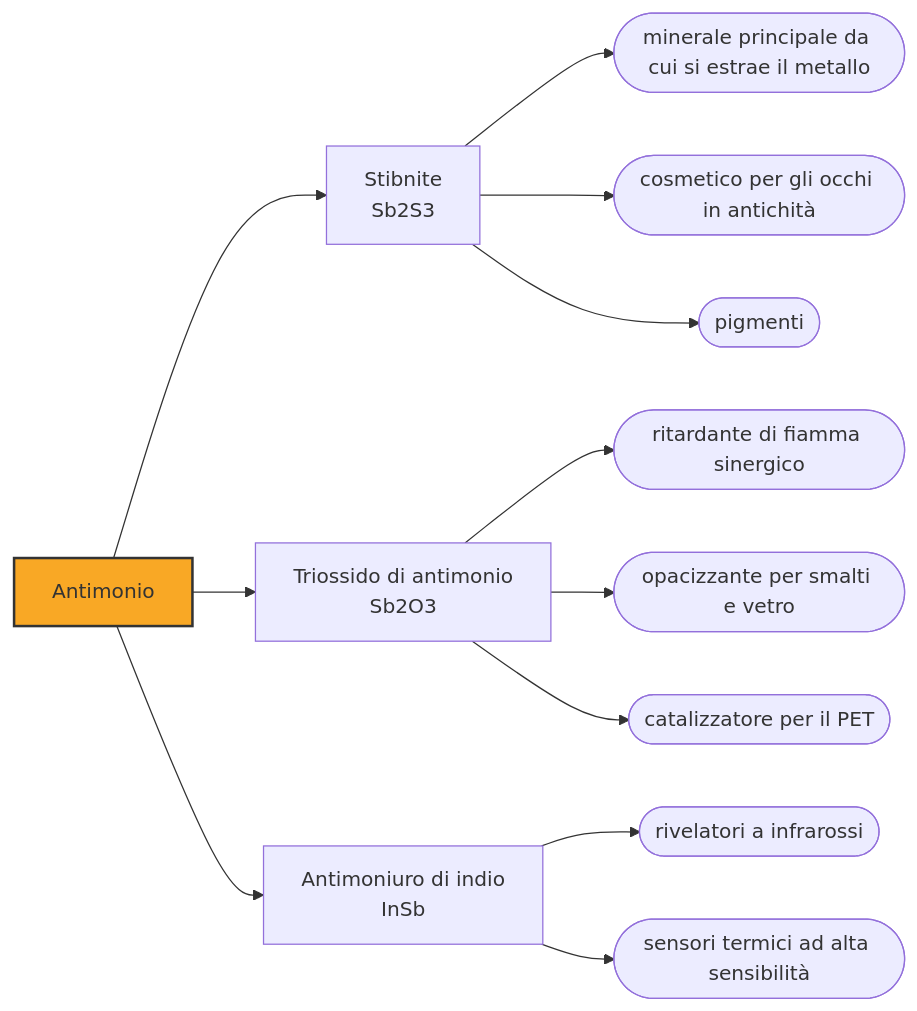
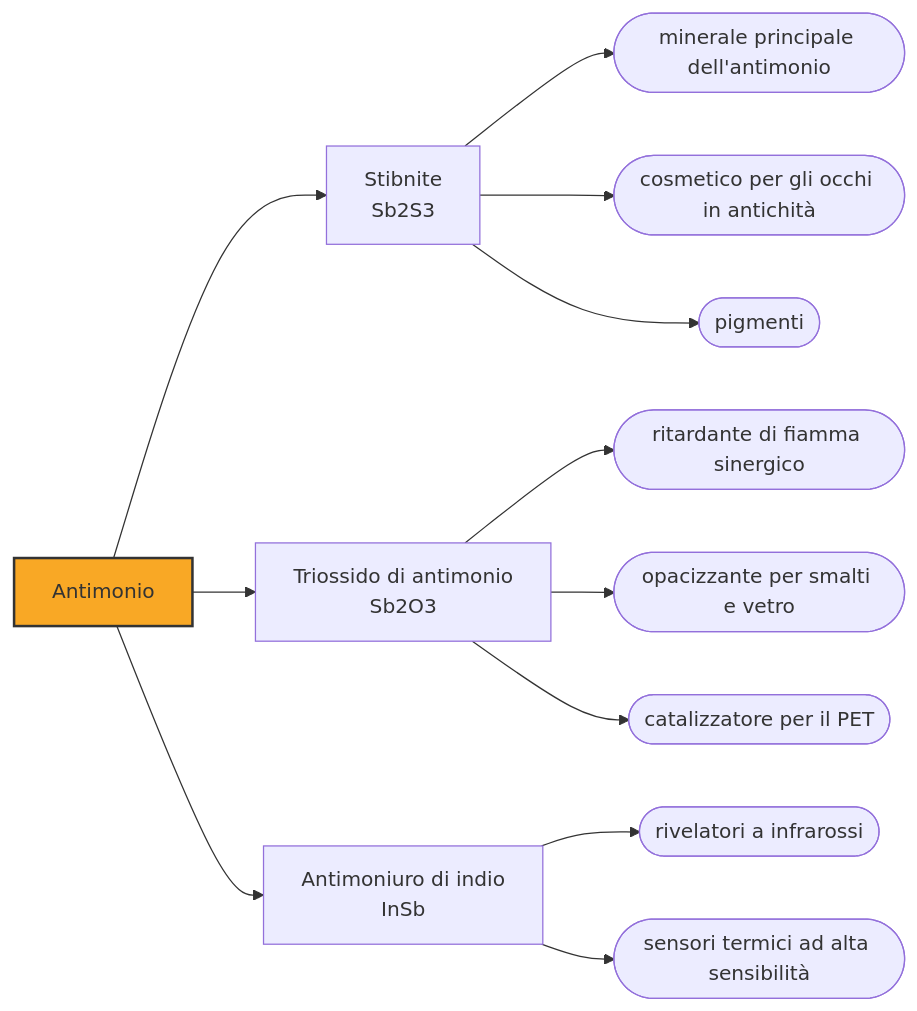
The third of 3 diagrams in vault/Elementi/Antimonio.md (gianlucaciarcelluti/elements-caos), drawn with Mermaid before and after one commit. The commit also changed other lines of this file and 16 other files, not shown here.

First line of the commit message:
fix: l'apostrofo resta nelle etichette Mermaid, e altre due correzioni di resa

````diff
--- a/vault/Elementi/Antimonio.md
+++ b/vault/Elementi/Antimonio.md
@@ -99,27 +99,27 @@
 ```mermaid
 flowchart LR
     E["Antimonio"]
     C1["Stibnite<br/>Sb2S3"]
     E --> C1
-    U1(["minerale principale da cui si estrae il metallo"])
+    U1(["minerale principale dell'antimonio"])
     C1 --> U1
     U2(["cosmetico per gli occhi in antichità"])
     C1 --> U2
     U3(["pigmenti"])
     C1 --> U3
     C2["Triossido di antimonio<br/>Sb2O3"]
     E --> C2
     U4(["ritardante di fiamma sinergico"])
     C2 --> U4
     U5(["opacizzante per smalti e vetro"])
     C2 --> U5
     U6(["catalizzatore per il PET"])
     C2 --> U6
     C3["Antimoniuro di indio<br/>InSb"]
     E --> C3
     U7(["rivelatori a infrarossi"])
     C3 --> U7
     U8(["sensori termici ad alta sensibilità"])
     C3 --> U8
     style E fill:#f9a825,stroke:#333,stroke-width:2px
 ```
````
